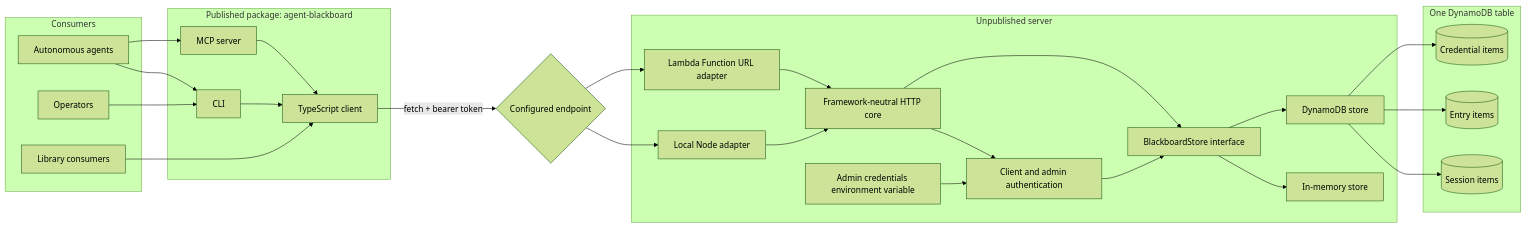
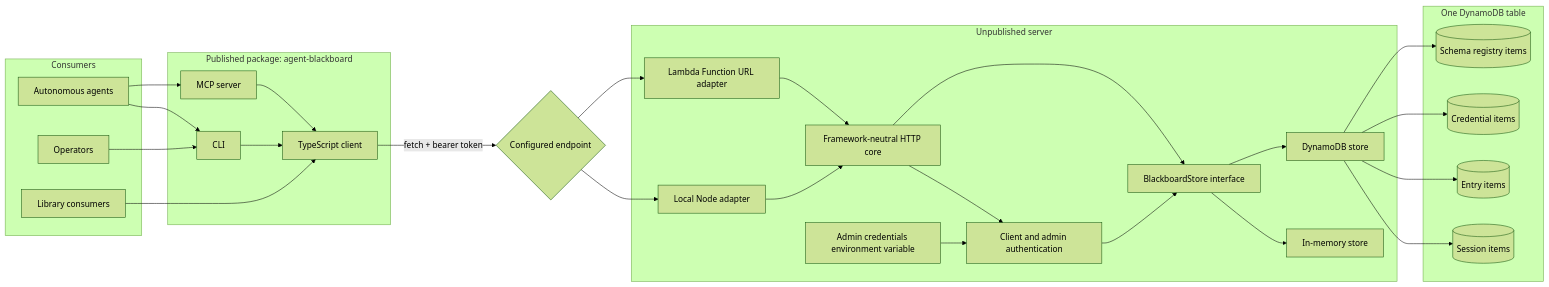
The diagram in docs/architecture.md (jonathanong/agent-blackboard), drawn with Mermaid (forest theme) before and after one commit. The commit also changed other lines of this file and 20 other files, not shown here.

First line of the commit message:
Expose schema reads via MCP and TypeScript API and update docs (#61)

````diff
--- a/docs/architecture.md
+++ b/docs/architecture.md
@@ -9,56 +9,58 @@
 ```mermaid
 flowchart LR
     subgraph Consumers
         Agents[Autonomous agents]
         Operators[Operators]
         Apps[Library consumers]
     end
 
     subgraph Package["Published package: agent-blackboard"]
         CLI[CLI]
         MCP[MCP server]
         Client[TypeScript client]
     end
 
     Agents --> CLI
     Agents --> MCP
     Operators --> CLI
     Apps --> Client
     CLI --> Client
     MCP --> Client
 
     Client -->|"fetch + bearer token"| Endpoint{Configured endpoint}
 
     subgraph Server["Unpublished server"]
         Local[Local Node adapter]
         Lambda[Lambda Function URL adapter]
         Core[Framework-neutral HTTP core]
         Auth[Client and admin authentication]
         Store[BlackboardStore interface]
         Memory[In-memory store]
         Dynamo[DynamoDB store]
         AdminEnv[Admin credentials environment variable]
 
         Local --> Core
         Lambda --> Core
         Core --> Auth
         Auth --> Store
         Core --> Store
         Store --> Memory
         Store --> Dynamo
         AdminEnv --> Auth
     end
 
     Endpoint --> Local
     Endpoint --> Lambda
 
     subgraph Table["One DynamoDB table"]
         Sessions[(Session items)]
         Entries[(Entry items)]
         Credentials[(Credential items)]
+        Schemas[(Schema registry items)]
     end
 
     Dynamo --> Sessions
     Dynamo --> Entries
     Dynamo --> Credentials
+    Dynamo --> Schemas
 ```
````
